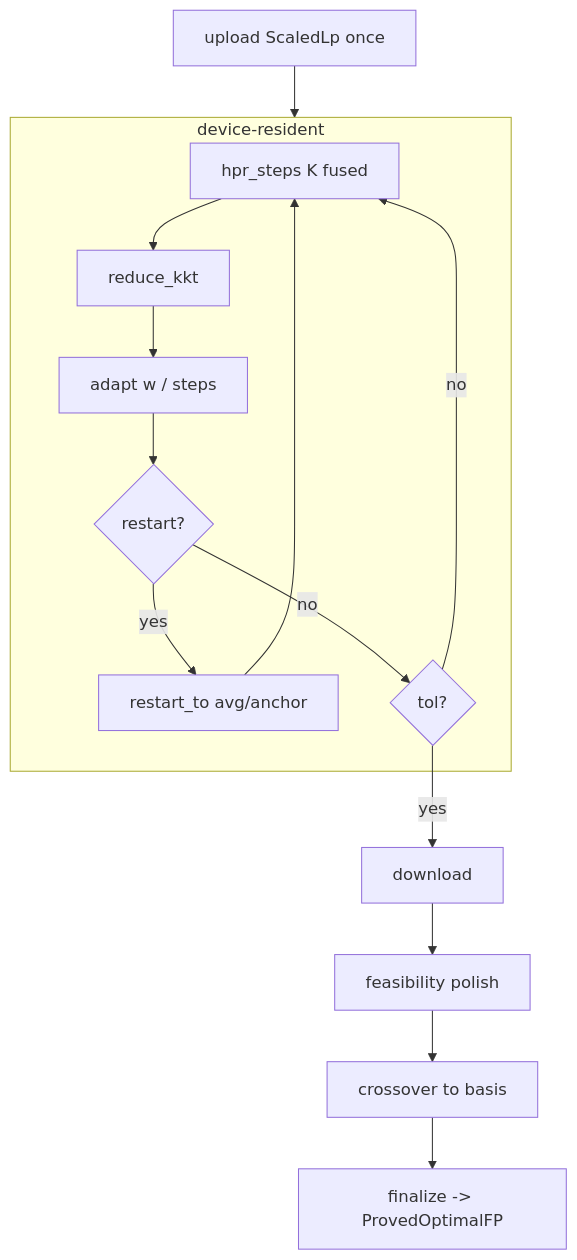
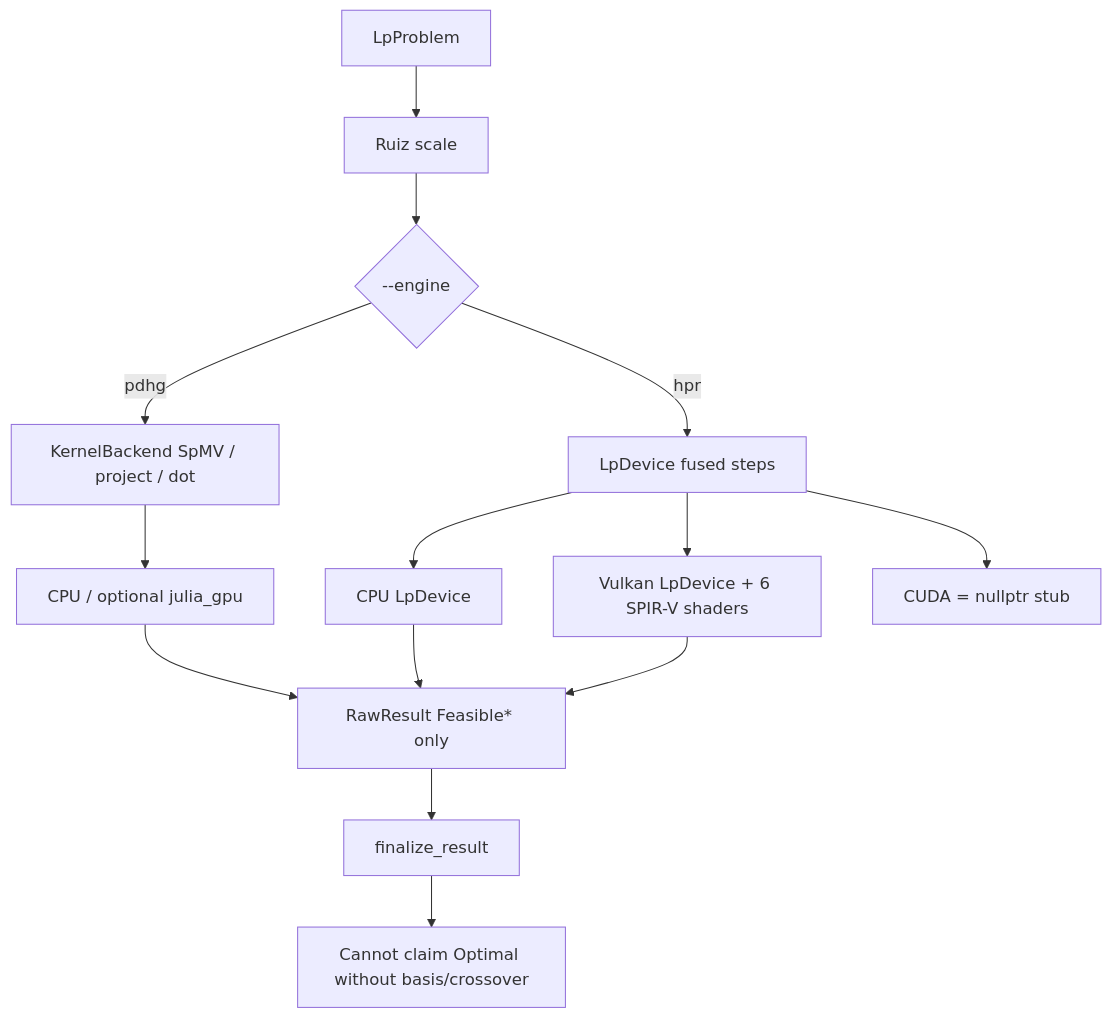
Before and after one commit to YashSuthar983/Forge: the third of 5 diagrams in docs/architecture.md, drawn with Mermaid. The commit also changed other lines of this file and 45 other files, not shown here.

````diff
--- a/docs/architecture.md
+++ b/docs/architecture.md
@@ -995,18 +168,16 @@
 ```mermaid
 flowchart TD
-  U[upload ScaledLp once] --> Loop
-  subgraph Loop["device-resident"]
-    H[hpr_steps K fused]
-    H --> R[reduce_kkt]
-    R --> W[adapt w / steps]
-    W --> RS{restart?}
-    RS -->|yes| RA[restart_to avg/anchor]
-    RA --> H
-    RS -->|no| OK{tol?}
-    OK -->|no| H
-  end
-  OK -->|yes| DL[download]
-  DL --> Pol[feasibility polish]
-  Pol --> XO[crossover to basis]
-  XO --> Fin[finalize -> ProvedOptimalFP]
+  A[LpProblem] --> B[Ruiz scale]
+  B --> C{--engine}
+  C -->|pdhg| D[KernelBackend SpMV / project / dot]
+  C -->|hpr| E[LpDevice fused steps]
+  D --> F[CPU / optional julia_gpu]
+  E --> G[CPU LpDevice]
+  E --> H[Vulkan LpDevice + 6 SPIR-V shaders]
+  E --> I[CUDA = nullptr stub]
+  F --> J[RawResult Feasible* only]
+  G --> J
+  H --> J
+  J --> K[finalize_result]
+  K --> L[Cannot claim Optimal without basis/crossover]
 ```
````
